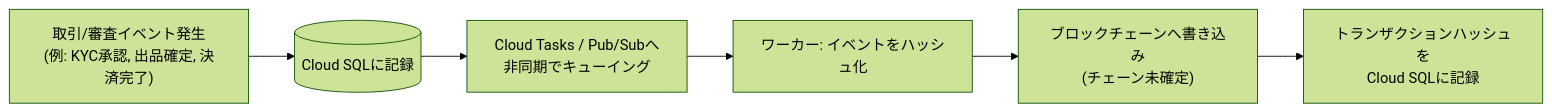
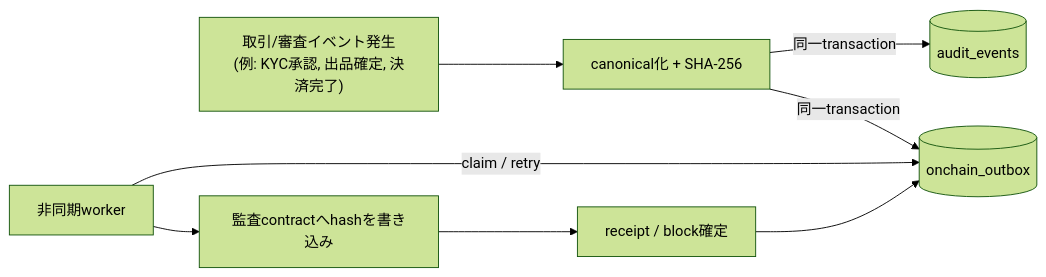
One commit to study-basic-hackathon/trust-ca changed the sixth of 6 diagrams in docs/design/system-architecture.md. Above: the diagram before and after it, drawn with Mermaid (forest theme). The commit also changed other lines of this file and 42 other files, not shown here.

````diff
--- a/docs/design/system-architecture.md
+++ b/docs/design/system-architecture.md
@@ -236,8 +237,10 @@
 ```mermaid
 flowchart LR
-    Event["取引/審査イベント発生<br/>(例: KYC承認, 出品確定, 決済完了)"] --> DB[(Cloud SQLに記録)]
-    DB --> Enqueue[Cloud Tasks / Pub/Subへ<br/>非同期でキューイング]
-    Enqueue --> Worker[ワーカー: イベントをハッシュ化]
-    Worker --> Chain["ブロックチェーンへ書き込み<br/>(チェーン未確定)"]
-    Chain --> Confirm[トランザクションハッシュを<br/>Cloud SQLに記録]
+    Event["取引/審査イベント発生<br/>(例: KYC承認, 出品確定, 決済完了)"] --> Hash[canonical化 + SHA-256]
+    Hash -->|同一transaction| Audit[(audit_events)]
+    Hash -->|同一transaction| Outbox[(onchain_outbox)]
+    Worker[非同期worker] -->|claim / retry| Outbox
+    Worker --> Chain["監査contractへhashを書き込み"]
+    Chain --> Receipt[receipt / block確定]
+    Receipt --> Outbox
 ```
````
